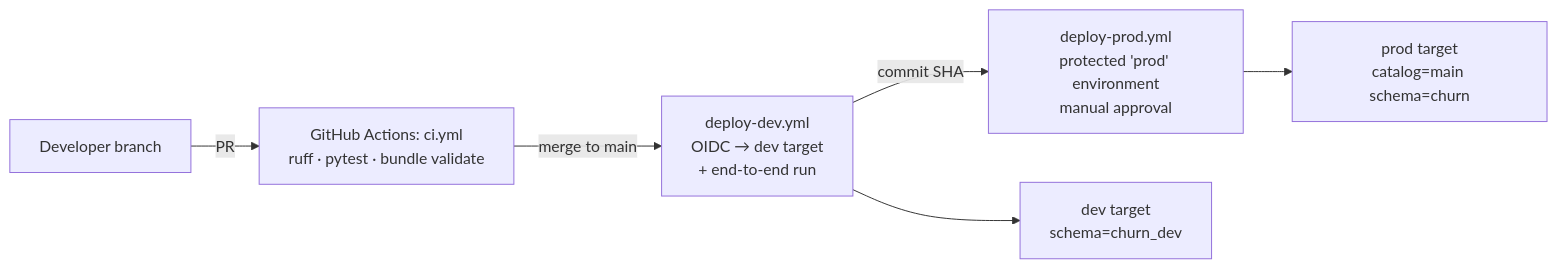
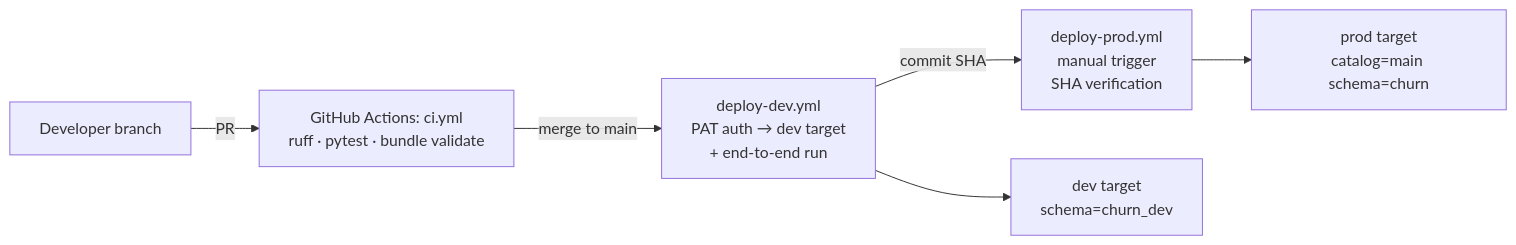
Before and after one commit to myraidtaoai/churn-prediction: the second of 2 diagrams in docs/architecture.md, drawn with Mermaid. The commit also changed other lines of this file and 2 other files, not shown here.

First line of the commit message:
docs: update deployment.md for PAT auth, fix architecture.md references

````diff
--- a/docs/architecture.md
+++ b/docs/architecture.md
@@ -134,8 +135,8 @@
 ```mermaid
 flowchart LR
     DEV["Developer branch"] -->|PR| CI["GitHub Actions: ci.yml<br/>ruff · pytest · bundle validate"]
-    CI -->|merge to main| DD["deploy-dev.yml<br/>OIDC → dev target<br/>+ end-to-end run"]
-    DD -->|commit SHA| PD["deploy-prod.yml<br/>protected 'prod' environment<br/>manual approval"]
+    CI -->|merge to main| DD["deploy-dev.yml<br/>PAT auth → dev target<br/>+ end-to-end run"]
+    DD -->|commit SHA| PD["deploy-prod.yml<br/>manual trigger<br/>SHA verification"]
     PD --> PROD["prod target<br/>catalog=main schema=churn"]
     DD --> DEVT["dev target<br/>schema=churn_dev"]
 ```
````
